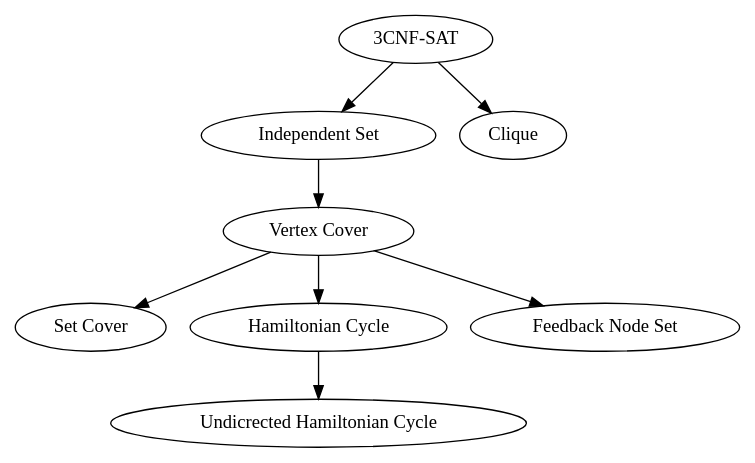
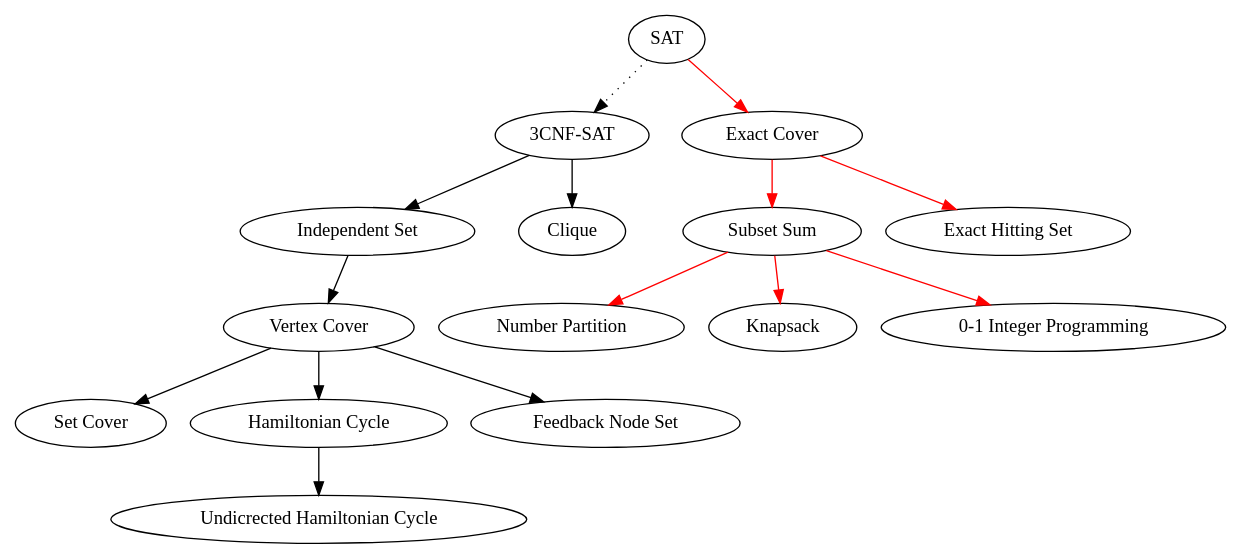
One commit to AlexiosFan/BA_NP_Reduction changed the diagram in poly-reductions/doc/reductions.dot. Above: the diagram before and after it, drawn with Graphviz. The commit also changed 25 other files, not shown here.

```diff
--- a/poly-reductions/doc/reductions.dot
+++ b/poly-reductions/doc/reductions.dot
@@ -1,15 +1,27 @@
 digraph reductions {
 cnf_sat [label="3CNF-SAT"];
 is [label="Independent Set"];
 vc [label="Vertex Cover"];
 sc [label="Set Cover"];
 clique [label="Clique"];
 hc [label="Hamiltonian Cycle"];
 uhc [label="Undicrected Hamiltonian Cycle"];
 fns [label="Feedback Node Set"];
+sat [label="SAT"];
+xc [label="Exact Cover"];
+ss [label="Subset Sum"];
+part [label="Number Partition"];
+ks [label="Knapsack"];
+ip [label="0-1 Integer Programming"];
+hs [label="Exact Hitting Set"];
 cnf_sat -> is -> vc -> sc;
 cnf_sat -> clique;
 hc -> uhc;
 vc -> fns;
 vc -> hc;
+sat -> cnf_sat [style=dotted];
+sat -> xc -> ss -> part [color=red];
+ss -> ks [color=red];
+ss -> ip [color=red];
+xc -> hs [color=red];
 }
```
